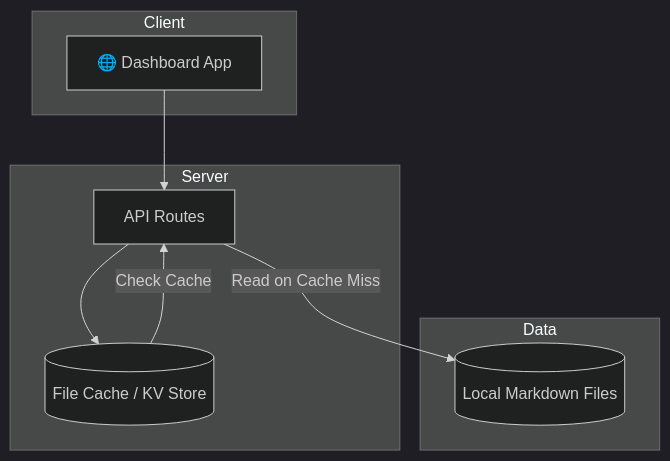
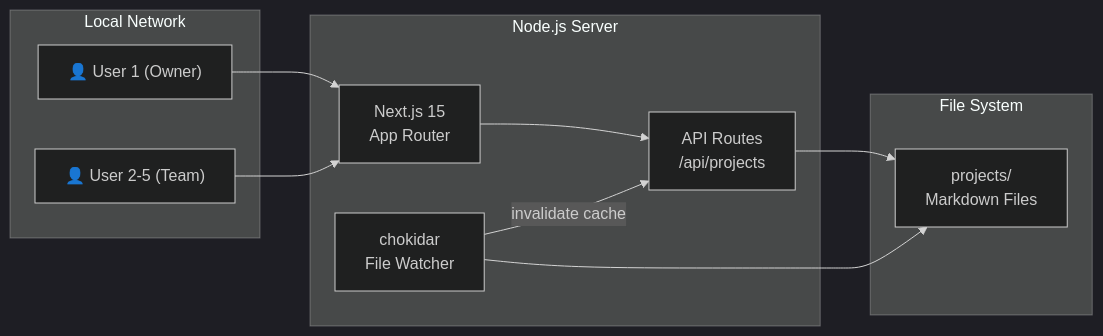
One commit to baoln1412/project-planning changed the first of 4 diagrams in projects/project-viewer/architecture.md. Above: the diagram before and after it, drawn with Mermaid (dark theme). The commit also changed other lines of this file and 18 other files, not shown here.

````diff
--- a/projects/project-viewer/architecture.md
+++ b/projects/project-viewer/architecture.md
@@ -47,17 +17,24 @@
 ```mermaid
-graph TB
-    subgraph "Client"
-        Web[🌐 Dashboard App]
+graph LR
+    subgraph "Local Network"
+        U1["👤 User 1 (Owner)"]
+        U2["👤 User 2-5 (Team)"]
     end
-    subgraph "Server"
-        API[API Routes]
-        Cache[(File Cache / KV Store)]
+
+    subgraph "Node.js Server"
+        Next["Next.js 15<br>App Router"]
+        API["API Routes<br>/api/projects"]
+        Watcher["chokidar<br>File Watcher"]
     end
-    subgraph "Data"
-        Projects[(Local Markdown Files)]
+
+    subgraph "File System"
+        Projects["projects/<br>Markdown Files"]
     end
-    Web --> API
-    API --> Cache
-    Cache -- Check Cache --> API
-    API -- Read on Cache Miss --> Projects
+
+    U1 --> Next
+    U2 --> Next
+    Next --> API
+    API --> Projects
+    Watcher --> Projects
+    Watcher -->|"invalidate cache"| API
 ```
````
